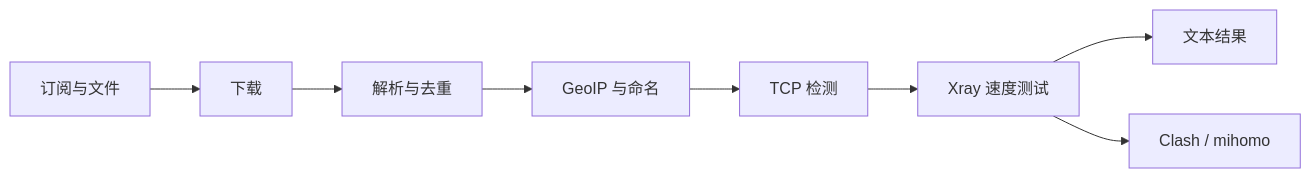
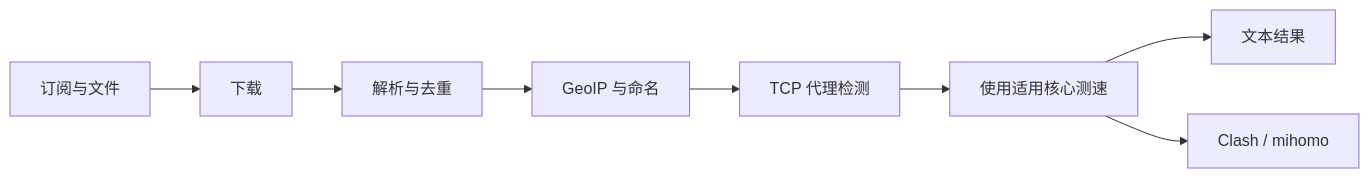
Before and after one commit to adamantida/proxyRepoChecker-rs: the diagram in README.zh-CN.md, drawn with Mermaid. The commit also changed other lines of this file and 40 other files, not shown here.

````diff
--- a/README.zh-CN.md
+++ b/README.zh-CN.md
@@ -19,10 +19,10 @@
 ```mermaid
 flowchart LR
     A[订阅与文件] --> B[下载]
     B --> C[解析与去重]
     C --> D[GeoIP 与命名]
-    D --> E[TCP 检测]
-    E --> F[Xray 速度测试]
+    D --> E[TCP 代理检测]
+    E --> F[使用适用核心测速]
     F --> G[文本结果]
     F --> H[Clash / mihomo]
 ```
````
